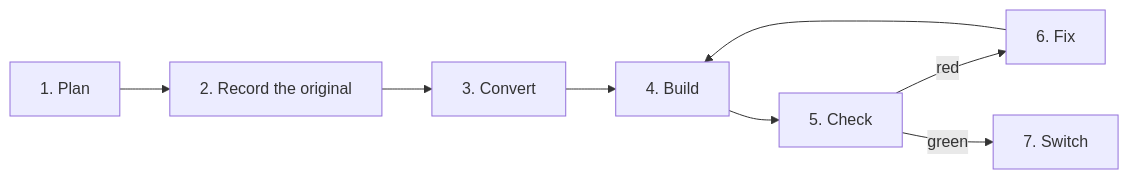
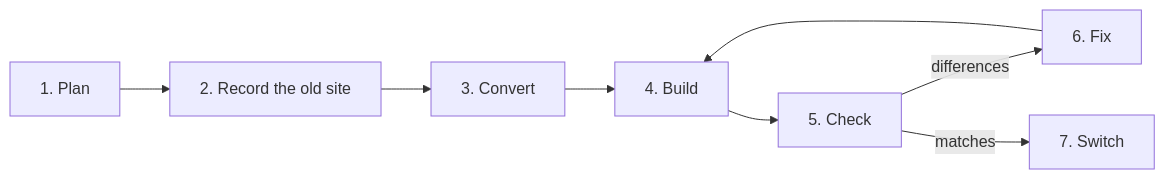
The diagram in README.md (compiled-run/markless-migrate), drawn with Mermaid before and after one commit. The commit also changed other lines of this file, not shown here.

````diff
--- a/README.md
+++ b/README.md
@@ -48,10 +48,10 @@
 ```mermaid
 flowchart LR
-  plan[1. Plan] --> record[2. Record the original]
+  plan[1. Plan] --> record[2. Record the old site]
   record --> convert[3. Convert]
   convert --> build[4. Build]
   build --> check[5. Check]
-  check -- red --> fix[6. Fix]
+  check -- differences --> fix[6. Fix]
   fix --> build
-  check -- green --> switch[7. Switch]
+  check -- matches --> switch[7. Switch]
 ```
````
